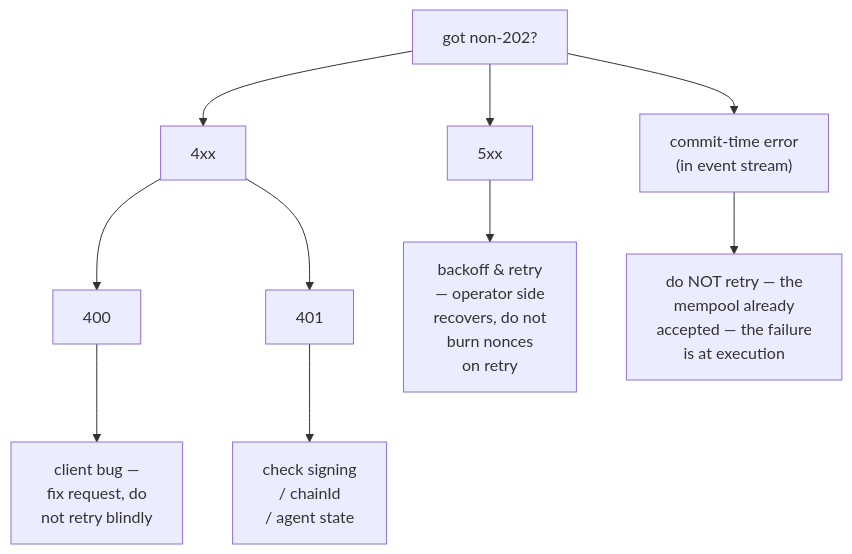
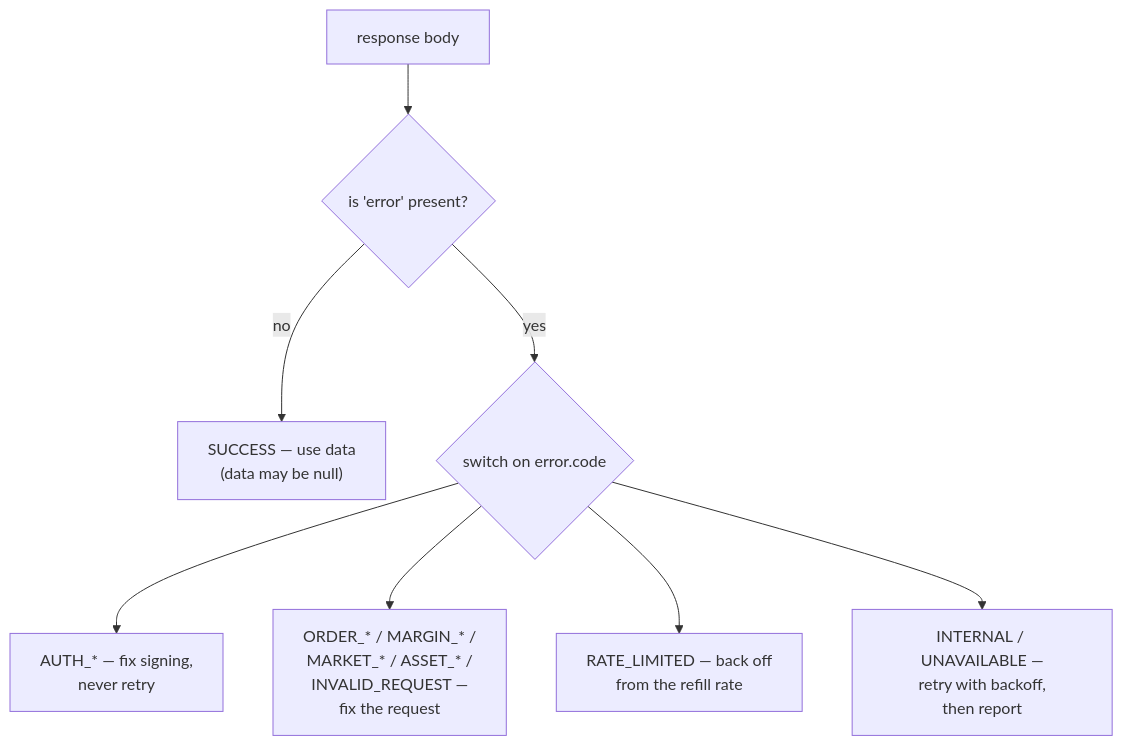
Before and after one commit to mtf-exchange/metaflux-knowledges: the diagram in docs/api/errors.md, drawn with Mermaid. The commit also changed other lines of this file and 16 other files, not shown here.

First line of the commit message:
feat!: one response envelope with a coded error object

````diff
--- a/docs/api/errors.md
+++ b/docs/api/errors.md
@@ -156,17 +261,11 @@
 ```mermaid
 flowchart TD
-    Q["got non-202?"]
-    Q --> C4["4xx"]
-    Q --> C5["5xx"]
-    Q --> CT["commit-time error<br/>(in event stream)"]
-
-    C4 --> E400["400"]
-    C4 --> E401["401"]
-
-    E400 --> B400["client bug —<br/>fix request, do<br/>not retry blindly"]
-    E401 --> B401["check signing<br/>/ chainId<br/>/ agent state"]
-
-    C5 --> B5["backoff & retry<br/>— operator side<br/>recovers, do not<br/>burn nonces<br/>on retry"]
-
-    CT --> BCT["do NOT retry — the<br/>mempool already<br/>accepted — the failure<br/>is at execution"]
+    R["response body"]
+    R --> H{"is 'error' present?"}
+    H -- "no" --> S["SUCCESS — use data<br/>(data may be null)"]
+    H -- "yes" --> C{"switch on error.code"}
+    C --> A["AUTH_* — fix signing,<br/>never retry"]
+    C --> V["ORDER_* / MARGIN_* /<br/>MARKET_* / ASSET_* /<br/>INVALID_REQUEST —<br/>fix the request"]
+    C --> T["RATE_LIMITED — back off<br/>from the refill rate"]
+    C --> I["INTERNAL / UNAVAILABLE —<br/>retry with backoff,<br/>then report"]
 ```
````
